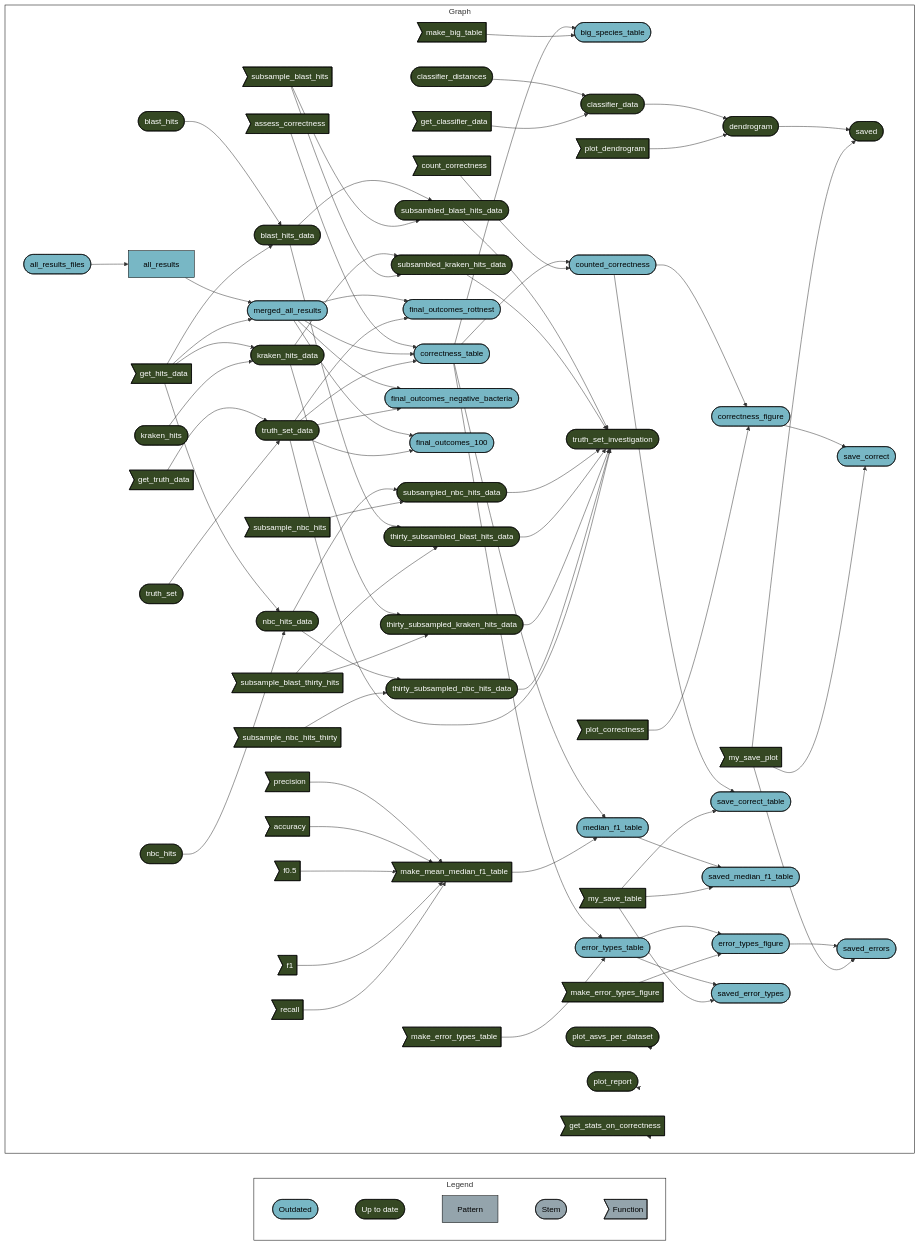
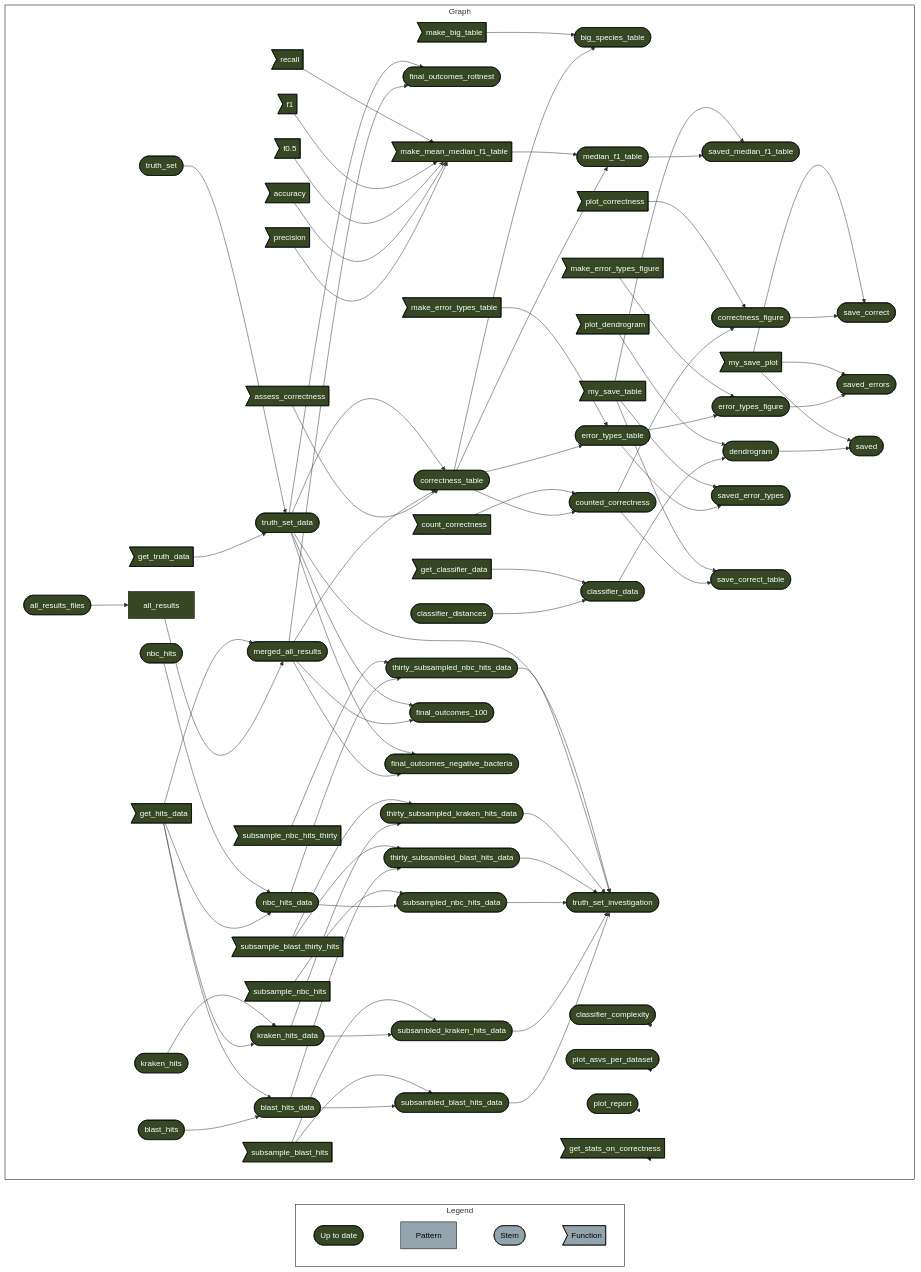
Before and after one commit to Computational-Biology-OceanOmics/OceanOmics-classifier-comparison: the diagram in README.md, drawn with Mermaid. The commit also changed other lines of this file and 4 other files, not shown here.

```diff
--- a/README.md
+++ b/README.md
@@ -28,7 +28,6 @@
   style Graph fill:#FFFFFF00,stroke:#000000;
   subgraph Legend
     direction LR
-    x0a52b03877696646([""Outdated""]):::outdated --- x7420bd9270f8d27d([""Up to date""]):::uptodate
     x7420bd9270f8d27d([""Up to date""]):::uptodate --- x70a5fa6bea6f298d[""Pattern""]:::none
     x70a5fa6bea6f298d[""Pattern""]:::none --- xbf4603d6c2c2ad6b([""Stem""]):::none
     xbf4603d6c2c2ad6b([""Stem""]):::none --- xf0bce276fe2b9d3e>""Function""]:::none
@@ -40,33 +39,40 @@
     x5bd3c0b98612ad82>"f0.5"]:::uptodate --> xcd3647a431ed3d93>"make_mean_median_f1_table"]:::uptodate
     xdfc9ff1b391aa400>"f1"]:::uptodate --> xcd3647a431ed3d93>"make_mean_median_f1_table"]:::uptodate
     x47d805de93d2f724>"recall"]:::uptodate --> xcd3647a431ed3d93>"make_mean_median_f1_table"]:::uptodate
+    x837f996ab35491da>"get_hits_data"]:::uptodate --> x42612793169637e0(["nbc_hits_data"]):::uptodate
+    x5117ea88dbd5add2(["nbc_hits"]):::uptodate --> x42612793169637e0(["nbc_hits_data"]):::uptodate
+    x92e63fc22641faa5(["merged_all_results"]):::uptodate --> xb55a8ff957ab9650(["final_outcomes_rottnest"]):::uptodate
+    xbdd42ceae2a54d2c(["truth_set_data"]):::uptodate --> xb55a8ff957ab9650(["final_outcomes_rottnest"]):::uptodate
     x42612793169637e0(["nbc_hits_data"]):::uptodate --> x25ebbc9fc53b1418(["thirty_subsampled_nbc_hits_data"]):::uptodate
     x476c8f557e2b0910>"subsample_nbc_hits_thirty"]:::uptodate --> x25ebbc9fc53b1418(["thirty_subsampled_nbc_hits_data"]):::uptodate
-    xe9d8f2de59f79fa1(["blast_hits_data"]):::uptodate --> x7477a20106b865a4(["subsambled_blast_hits_data"]):::uptodate
-    xa731a5475c946be2>"subsample_blast_hits"]:::uptodate --> x7477a20106b865a4(["subsambled_blast_hits_data"]):::uptodate
-    x2ff9bf2efd8ea8fa(["all_results_files"]):::outdated --> xa63f30966279f049["all_results"]:::outdated
-    x9024d58abea360f6(["kraken_hits_data"]):::uptodate --> x9f533bb9ed6cc0bf(["thirty_subsampled_kraken_hits_data"]):::uptodate
-    x1f8a2aa3facf1873>"subsample_blast_thirty_hits"]:::uptodate --> x9f533bb9ed6cc0bf(["thirty_subsampled_kraken_hits_data"]):::uptodate
-    x5f73e2549f58db1c(["correctness_table"]):::outdated --> x6b25831f1b56a7e8(["big_species_table"]):::outdated
-    xbb97e5fbae12b8d4>"make_big_table"]:::uptodate --> x6b25831f1b56a7e8(["big_species_table"]):::outdated
-    x264c7e682ec442b2(["dendrogram"]):::uptodate --> xaf4a1b2829040c15(["saved"]):::uptodate
-    x063d54dad6ed438a>"my_save_plot"]:::uptodate --> xaf4a1b2829040c15(["saved"]):::uptodate
-    x92e63fc22641faa5(["merged_all_results"]):::outdated --> xb55a8ff957ab9650(["final_outcomes_rottnest"]):::outdated
-    xbdd42ceae2a54d2c(["truth_set_data"]):::uptodate --> xb55a8ff957ab9650(["final_outcomes_rottnest"]):::outdated
-    x5f73e2549f58db1c(["correctness_table"]):::outdated --> x4c833e115353960c(["error_types_table"]):::outdated
-    xb05f917768a3a00b>"make_error_types_table"]:::uptodate --> x4c833e115353960c(["error_types_table"]):::outdated
-    x8c50ad78daae7d7d(["correctness_figure"]):::outdated --> x962124a214cc566f(["save_correct"]):::outdated
-    x063d54dad6ed438a>"my_save_plot"]:::uptodate --> x962124a214cc566f(["save_correct"]):::outdated
-    x92e63fc22641faa5(["merged_all_results"]):::outdated --> xf37c16a7303abc16(["final_outcomes_negative_bacteria"]):::outdated
-    xbdd42ceae2a54d2c(["truth_set_data"]):::uptodate --> xf37c16a7303abc16(["final_outcomes_negative_bacteria"]):::outdated
-    x92e63fc22641faa5(["merged_all_results"]):::outdated --> x4c3c668f02e94ea5(["final_outcomes_100"]):::outdated
-    xbdd42ceae2a54d2c(["truth_set_data"]):::uptodate --> x4c3c668f02e94ea5(["final_outcomes_100"]):::outdated
+    x5f73e2549f58db1c(["correctness_table"]):::uptodate --> x6b25831f1b56a7e8(["big_species_table"]):::uptodate
+    xbb97e5fbae12b8d4>"make_big_table"]:::uptodate --> x6b25831f1b56a7e8(["big_species_table"]):::uptodate
+    x9024d58abea360f6(["kraken_hits_data"]):::uptodate --> xc4269aa5995e6a3f(["subsambled_kraken_hits_data"]):::uptodate
+    xa731a5475c946be2>"subsample_blast_hits"]:::uptodate --> xc4269aa5995e6a3f(["subsambled_kraken_hits_data"]):::uptodate
+    x70622bc5282148b6(["median_f1_table"]):::uptodate --> xa9d595dde94cca52(["saved_median_f1_table"]):::uptodate
+    x7c6dfc5f483b8518>"my_save_table"]:::uptodate --> xa9d595dde94cca52(["saved_median_f1_table"]):::uptodate
+    x4cbe0500373226c1(["classifier_data"]):::uptodate --> x264c7e682ec442b2(["dendrogram"]):::uptodate
+    x994946b41121bfa6>"plot_dendrogram"]:::uptodate --> x264c7e682ec442b2(["dendrogram"]):::uptodate
+    xf2c68c9c4c5bbbc3(["classifier_distances"]):::uptodate --> x4cbe0500373226c1(["classifier_data"]):::uptodate
+    x8279777903f3f13d>"get_classifier_data"]:::uptodate --> x4cbe0500373226c1(["classifier_data"]):::uptodate
+    x0fe0b162e5f2d977(["counted_correctness"]):::uptodate --> x8c50ad78daae7d7d(["correctness_figure"]):::uptodate
+    x5071aff9d46fc375>"plot_correctness"]:::uptodate --> x8c50ad78daae7d7d(["correctness_figure"]):::uptodate
+    xa63f30966279f049["all_results"]:::uptodate --> x92e63fc22641faa5(["merged_all_results"]):::uptodate
+    x837f996ab35491da>"get_hits_data"]:::uptodate --> x92e63fc22641faa5(["merged_all_results"]):::uptodate
     x544a22aeaed1b2e4>"get_truth_data"]:::uptodate --> xbdd42ceae2a54d2c(["truth_set_data"]):::uptodate
     x70199d3b1152e374(["truth_set"]):::uptodate --> xbdd42ceae2a54d2c(["truth_set_data"]):::uptodate
-    x0fe0b162e5f2d977(["counted_correctness"]):::outdated --> x378df8f1e0d25e26(["save_correct_table"]):::outdated
-    x7c6dfc5f483b8518>"my_save_table"]:::uptodate --> x378df8f1e0d25e26(["save_correct_table"]):::outdated
-    x42612793169637e0(["nbc_hits_data"]):::uptodate --> xcc0ae95627a4c782(["subsampled_nbc_hits_data"]):::uptodate
-    x7cb45ddc20e499f4>"subsample_nbc_hits"]:::uptodate --> xcc0ae95627a4c782(["subsampled_nbc_hits_data"]):::uptodate
+    xe9d8f2de59f79fa1(["blast_hits_data"]):::uptodate --> xf80ecf3117225a62(["thirty_subsambled_blast_hits_data"]):::uptodate
+    x1f8a2aa3facf1873>"subsample_blast_thirty_hits"]:::uptodate --> xf80ecf3117225a62(["thirty_subsambled_blast_hits_data"]):::uptodate
+    x837f996ab35491da>"get_hits_data"]:::uptodate --> x9024d58abea360f6(["kraken_hits_data"]):::uptodate
+    xc4cff7b61e825181(["kraken_hits"]):::uptodate --> x9024d58abea360f6(["kraken_hits_data"]):::uptodate
+    x5f73e2549f58db1c(["correctness_table"]):::uptodate --> x0fe0b162e5f2d977(["counted_correctness"]):::uptodate
+    x057c70bd2d39499f>"count_correctness"]:::uptodate --> x0fe0b162e5f2d977(["counted_correctness"]):::uptodate
+    x92e63fc22641faa5(["merged_all_results"]):::uptodate --> x4c3c668f02e94ea5(["final_outcomes_100"]):::uptodate
+    xbdd42ceae2a54d2c(["truth_set_data"]):::uptodate --> x4c3c668f02e94ea5(["final_outcomes_100"]):::uptodate
+    x92e63fc22641faa5(["merged_all_results"]):::uptodate --> xf37c16a7303abc16(["final_outcomes_negative_bacteria"]):::uptodate
+    xbdd42ceae2a54d2c(["truth_set_data"]):::uptodate --> xf37c16a7303abc16(["final_outcomes_negative_bacteria"]):::uptodate
+    x4c833e115353960c(["error_types_table"]):::uptodate --> xca66a2548aec4c6b(["error_types_figure"]):::uptodate
+    x5b31c06096fd55a4>"make_error_types_figure"]:::uptodate --> xca66a2548aec4c6b(["error_types_figure"]):::uptodate
     x7477a20106b865a4(["subsambled_blast_hits_data"]):::uptodate --> xc7b5a37005176fd4(["truth_set_investigation"]):::uptodate
     xc4269aa5995e6a3f(["subsambled_kraken_hits_data"]):::uptodate --> xc7b5a37005176fd4(["truth_set_investigation"]):::uptodate
     xcc0ae95627a4c782(["subsampled_nbc_hits_data"]):::uptodate --> xc7b5a37005176fd4(["truth_set_investigation"]):::uptodate
@@ -74,50 +80,43 @@
     x9f533bb9ed6cc0bf(["thirty_subsampled_kraken_hits_data"]):::uptodate --> xc7b5a37005176fd4(["truth_set_investigation"]):::uptodate
     x25ebbc9fc53b1418(["thirty_subsampled_nbc_hits_data"]):::uptodate --> xc7b5a37005176fd4(["truth_set_investigation"]):::uptodate
     xbdd42ceae2a54d2c(["truth_set_data"]):::uptodate --> xc7b5a37005176fd4(["truth_set_investigation"]):::uptodate
-    xa63f30966279f049["all_results"]:::outdated --> x92e63fc22641faa5(["merged_all_results"]):::outdated
-    x837f996ab35491da>"get_hits_data"]:::uptodate --> x92e63fc22641faa5(["merged_all_results"]):::outdated
-    x9024d58abea360f6(["kraken_hits_data"]):::uptodate --> xc4269aa5995e6a3f(["subsambled_kraken_hits_data"]):::uptodate
-    xa731a5475c946be2>"subsample_blast_hits"]:::uptodate --> xc4269aa5995e6a3f(["subsambled_kraken_hits_data"]):::uptodate
-    x0fe0b162e5f2d977(["counted_correctness"]):::outdated --> x8c50ad78daae7d7d(["correctness_figure"]):::outdated
-    x5071aff9d46fc375>"plot_correctness"]:::uptodate --> x8c50ad78daae7d7d(["correctness_figure"]):::outdated
-    x837f996ab35491da>"get_hits_data"]:::uptodate --> x9024d58abea360f6(["kraken_hits_data"]):::uptodate
-    xc4cff7b61e825181(["kraken_hits"]):::uptodate --> x9024d58abea360f6(["kraken_hits_data"]):::uptodate
-    xe9d8f2de59f79fa1(["blast_hits_data"]):::uptodate --> xf80ecf3117225a62(["thirty_subsambled_blast_hits_data"]):::uptodate
-    x1f8a2aa3facf1873>"subsample_blast_thirty_hits"]:::uptodate --> xf80ecf3117225a62(["thirty_subsambled_blast_hits_data"]):::uptodate
-    x70622bc5282148b6(["median_f1_table"]):::outdated --> xa9d595dde94cca52(["saved_median_f1_table"]):::outdated
-    x7c6dfc5f483b8518>"my_save_table"]:::uptodate --> xa9d595dde94cca52(["saved_median_f1_table"]):::outdated
-    x4cbe0500373226c1(["classifier_data"]):::uptodate --> x264c7e682ec442b2(["dendrogram"]):::uptodate
-    x994946b41121bfa6>"plot_dendrogram"]:::uptodate --> x264c7e682ec442b2(["dendrogram"]):::uptodate
-    x62f627c2bcc7f4a3>"assess_correctness"]:::uptodate --> x5f73e2549f58db1c(["correctness_table"]):::outdated
-    x92e63fc22641faa5(["merged_all_results"]):::outdated --> x5f73e2549f58db1c(["correctness_table"]):::outdated
-    xbdd42ceae2a54d2c(["truth_set_data"]):::uptodate --> x5f73e2549f58db1c(["correctness_table"]):::outdated
-    x4c833e115353960c(["error_types_table"]):::outdated --> xca66a2548aec4c6b(["error_types_figure"]):::outdated
-    x5b31c06096fd55a4>"make_error_types_figure"]:::uptodate --> xca66a2548aec4c6b(["error_types_figure"]):::outdated
+    x5f73e2549f58db1c(["correctness_table"]):::uptodate --> x70622bc5282148b6(["median_f1_table"]):::uptodate
+    xcd3647a431ed3d93>"make_mean_median_f1_table"]:::uptodate --> x70622bc5282148b6(["median_f1_table"]):::uptodate
+    x8c50ad78daae7d7d(["correctness_figure"]):::uptodate --> x962124a214cc566f(["save_correct"]):::uptodate
+    x063d54dad6ed438a>"my_save_plot"]:::uptodate --> x962124a214cc566f(["save_correct"]):::uptodate
+    x62f627c2bcc7f4a3>"assess_correctness"]:::uptodate --> x5f73e2549f58db1c(["correctness_table"]):::uptodate
+    x92e63fc22641faa5(["merged_all_results"]):::uptodate --> x5f73e2549f58db1c(["correctness_table"]):::uptodate
+    xbdd42ceae2a54d2c(["truth_set_data"]):::uptodate --> x5f73e2549f58db1c(["correctness_table"]):::uptodate
+    x9024d58abea360f6(["kraken_hits_data"]):::uptodate --> x9f533bb9ed6cc0bf(["thirty_subsampled_kraken_hits_data"]):::uptodate
+    x1f8a2aa3facf1873>"subsample_blast_thirty_hits"]:::uptodate --> x9f533bb9ed6cc0bf(["thirty_subsampled_kraken_hits_data"]):::uptodate
+    x4c833e115353960c(["error_types_table"]):::uptodate --> xcc0a806ae560c099(["saved_error_types"]):::uptodate
+    x7c6dfc5f483b8518>"my_save_table"]:::uptodate --> xcc0a806ae560c099(["saved_error_types"]):::uptodate
+    xe9d8f2de59f79fa1(["blast_hits_data"]):::uptodate --> x7477a20106b865a4(["subsambled_blast_hits_data"]):::uptodate
+    xa731a5475c946be2>"subsample_blast_hits"]:::uptodate --> x7477a20106b865a4(["subsambled_blast_hits_data"]):::uptodate
+    xca66a2548aec4c6b(["error_types_figure"]):::uptodate --> x10a7fb6eb6bfb12a(["saved_errors"]):::uptodate
+    x063d54dad6ed438a>"my_save_plot"]:::uptodate --> x10a7fb6eb6bfb12a(["saved_errors"]):::uptodate
+    x2ff9bf2efd8ea8fa(["all_results_files"]):::uptodate --> xa63f30966279f049["all_results"]:::uptodate
+    x264c7e682ec442b2(["dendrogram"]):::uptodate --> xaf4a1b2829040c15(["saved"]):::uptodate
+    x063d54dad6ed438a>"my_save_plot"]:::uptodate --> xaf4a1b2829040c15(["saved"]):::uptodate
+    x42612793169637e0(["nbc_hits_data"]):::uptodate --> xcc0ae95627a4c782(["subsampled_nbc_hits_data"]):::uptodate
+    x7cb45ddc20e499f4>"subsample_nbc_hits"]:::uptodate --> xcc0ae95627a4c782(["subsampled_nbc_hits_data"]):::uptodate
+    x5f73e2549f58db1c(["correctness_table"]):::uptodate --> x4c833e115353960c(["error_types_table"]):::uptodate
+    xb05f917768a3a00b>"make_error_types_table"]:::uptodate --> x4c833e115353960c(["error_types_table"]):::uptodate
     xc65a25d9d96e8f7c(["blast_hits"]):::uptodate --> xe9d8f2de59f79fa1(["blast_hits_data"]):::uptodate
     x837f996ab35491da>"get_hits_data"]:::uptodate --> xe9d8f2de59f79fa1(["blast_hits_data"]):::uptodate
-    x5f73e2549f58db1c(["correctness_table"]):::outdated --> x70622bc5282148b6(["median_f1_table"]):::outdated
-    xcd3647a431ed3d93>"make_mean_median_f1_table"]:::uptodate --> x70622bc5282148b6(["median_f1_table"]):::outdated
-    xca66a2548aec4c6b(["error_types_figure"]):::outdated --> x10a7fb6eb6bfb12a(["saved_errors"]):::outdated
-    x063d54dad6ed438a>"my_save_plot"]:::uptodate --> x10a7fb6eb6bfb12a(["saved_errors"]):::outdated
-    x5f73e2549f58db1c(["correctness_table"]):::outdated --> x0fe0b162e5f2d977(["counted_correctness"]):::outdated
-    x057c70bd2d39499f>"count_correctness"]:::uptodate --> x0fe0b162e5f2d977(["counted_correctness"]):::outdated
-    xf2c68c9c4c5bbbc3(["classifier_distances"]):::uptodate --> x4cbe0500373226c1(["classifier_data"]):::uptodate
-    x8279777903f3f13d>"get_classifier_data"]:::uptodate --> x4cbe0500373226c1(["classifier_data"]):::uptodate
-    x837f996ab35491da>"get_hits_data"]:::uptodate --> x42612793169637e0(["nbc_hits_data"]):::uptodate
-    x5117ea88dbd5add2(["nbc_hits"]):::uptodate --> x42612793169637e0(["nbc_hits_data"]):::uptodate
-    x4c833e115353960c(["error_types_table"]):::outdated --> xcc0a806ae560c099(["saved_error_types"]):::outdated
-    x7c6dfc5f483b8518>"my_save_table"]:::uptodate --> xcc0a806ae560c099(["saved_error_types"]):::outdated
+    x0fe0b162e5f2d977(["counted_correctness"]):::uptodate --> x378df8f1e0d25e26(["save_correct_table"]):::uptodate
+    x7c6dfc5f483b8518>"my_save_table"]:::uptodate --> x378df8f1e0d25e26(["save_correct_table"]):::uptodate
+    x801b32f234e20cdc(["classifier_complexity"]):::uptodate --> x801b32f234e20cdc(["classifier_complexity"]):::uptodate
     xe40955de534d0cf1(["plot_asvs_per_dataset"]):::uptodate --> xe40955de534d0cf1(["plot_asvs_per_dataset"]):::uptodate
     xbf5ac67708da2696(["plot_report"]):::uptodate --> xbf5ac67708da2696(["plot_report"]):::uptodate
     xae01b2c9af307a4d>"get_stats_on_correctness"]:::uptodate --> xae01b2c9af307a4d>"get_stats_on_correctness"]:::uptodate
   end
-  classDef outdated stroke:#000000,color:#000000,fill:#78B7C5;
   classDef uptodate stroke:#000000,color:#ffffff,fill:#354823;
   classDef none stroke:#000000,color:#000000,fill:#94a4ac;
   linkStyle 0 stroke-width:0px;
   linkStyle 1 stroke-width:0px;
   linkStyle 2 stroke-width:0px;
-  linkStyle 3 stroke-width:0px;
+  linkStyle 75 stroke-width:0px;
   linkStyle 76 stroke-width:0px;
   linkStyle 77 stroke-width:0px;
   linkStyle 78 stroke-width:0px;
```
